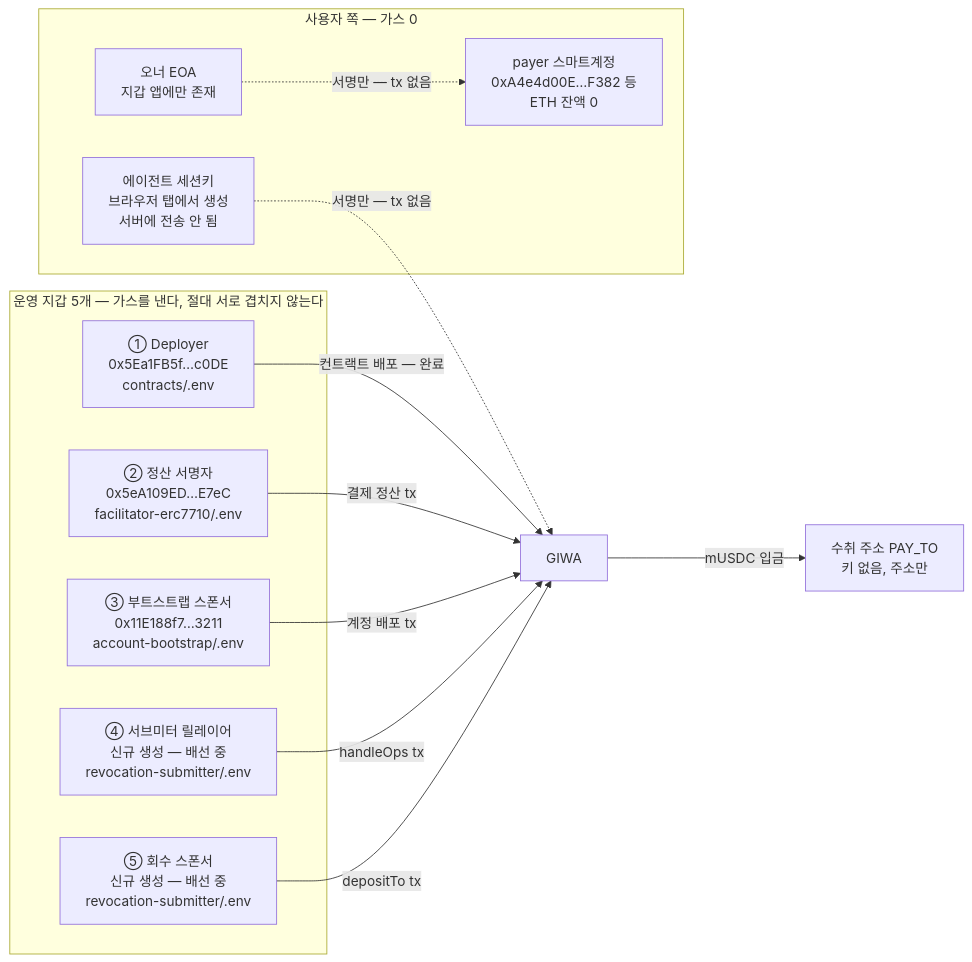
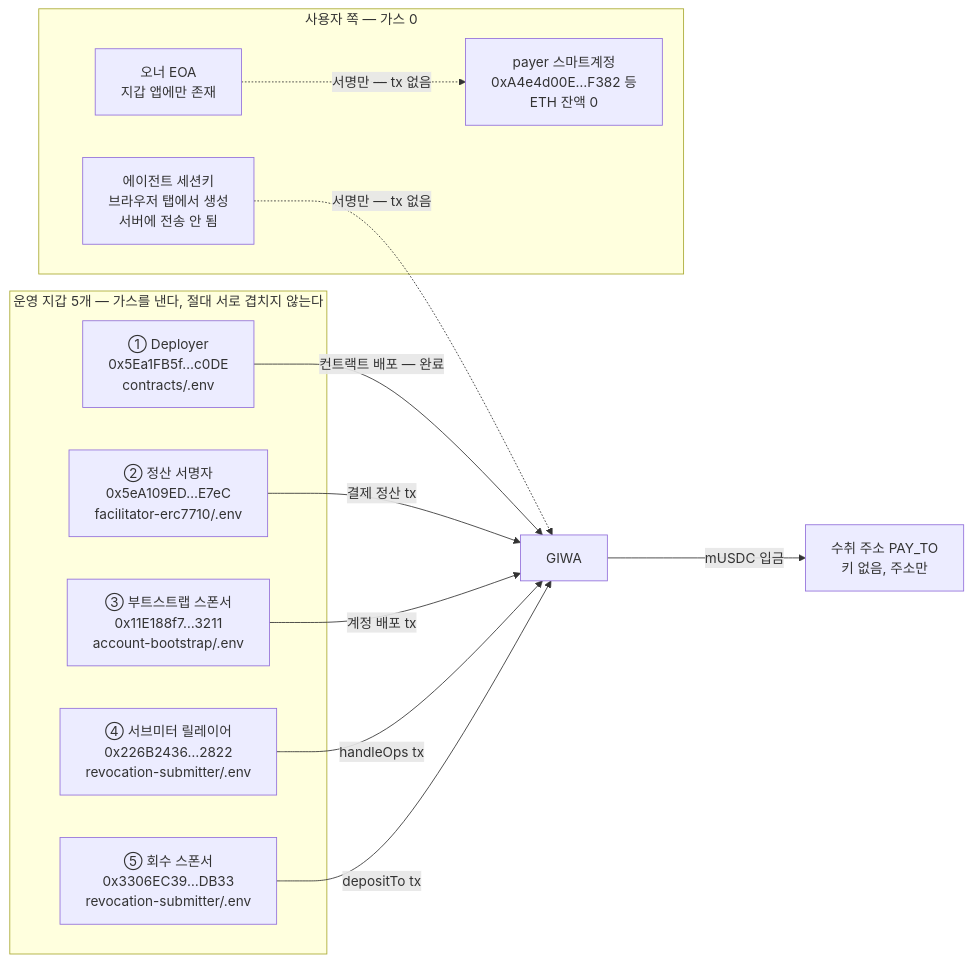
The second of 5 diagrams in docs/infra-map.md (kooroot/Mapae), drawn with Mermaid before and after one commit. The commit also changed 1 other file, not shown here.

Commit message:
fix: 배포 명령을 저장소 루트에서도 실행할 수 있게 한다
`bun run deploy:app`을 루트에서 실행하면 `Script not found`가 났다. 배포 스크립트가
apps/web/package.json에만 있었기 때문인데, 루트에는 build:web·test:web이 이미
`cd apps/web && …` 형태로 있어서 루트에서 도는 것이 정상으로 읽힌다. 빌드도
wrangler 인증도 정상이었고 원인은 cwd 하나였다.

같은 위임 형태로 deploy:landing·deploy:app 별칭을 추가한다. 배포 정의 자체는
apps/web에 그대로 두고 루트는 전달만 한다.

infra-map §3.1의 mermaid가 지갑 ④⑤를 아직 "신규 생성 — 배선 중"으로 그리고 있었다.
같은 파일 §3.2가 이미 두 주소를 싣고 있고 두 서비스는 8월 4일부터 launchd로 라이브다.
그림만 낡아서, 표를 안 내려보고 그림만 본 사람에게 회수 대납이 미완으로 보인다.

````diff
--- a/docs/infra-map.md
+++ b/docs/infra-map.md
@@ -103,27 +103,27 @@
 ```mermaid
 flowchart LR
     subgraph OPS["운영 지갑 5개 — 가스를 낸다, 절대 서로 겹치지 않는다"]
         DEPLOYER["① Deployer<br/>0x5Ea1FB5f…c0DE<br/>contracts/.env"]
         FACSIGNER["② 정산 서명자<br/>0x5eA109ED…E7eC<br/>facilitator-erc7710/.env"]
         BOOTSP["③ 부트스트랩 스폰서<br/>0x11E188f7…3211<br/>account-bootstrap/.env"]
-        SUBREL["④ 서브미터 릴레이어<br/>신규 생성 — 배선 중<br/>revocation-submitter/.env"]
-        REVSP["⑤ 회수 스폰서<br/>신규 생성 — 배선 중<br/>revocation-submitter/.env"]
+        SUBREL["④ 서브미터 릴레이어<br/>0x226B2436…2822<br/>revocation-submitter/.env"]
+        REVSP["⑤ 회수 스폰서<br/>0x3306EC39…DB33<br/>revocation-submitter/.env"]
     end
 
     subgraph USERSIDE["사용자 쪽 — 가스 0"]
         OWNER["오너 EOA<br/>지갑 앱에만 존재"]
         PAYERACC["payer 스마트계정<br/>0xA4e4d00E…F382 등<br/>ETH 잔액 0"]
         SESSION["에이전트 세션키<br/>브라우저 탭에서 생성<br/>서버에 전송 안 됨"]
     end
 
     RECV["수취 주소 PAY_TO<br/>키 없음, 주소만"]
 
     DEPLOYER -->|"컨트랙트 배포 — 완료"| C1["GIWA"]
     FACSIGNER -->|"결제 정산 tx"| C1
     BOOTSP -->|"계정 배포 tx"| C1
     SUBREL -->|"handleOps tx"| C1
     REVSP -->|"depositTo tx"| C1
     OWNER -.->|"서명만 — tx 없음"| PAYERACC
     SESSION -.->|"서명만 — tx 없음"| C1
     C1 -->|"mUSDC 입금"| RECV
 ```
````
